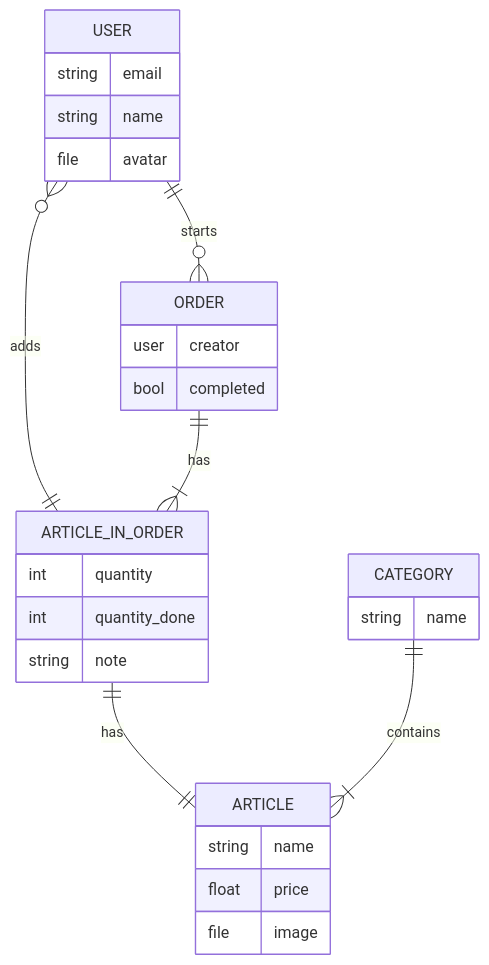
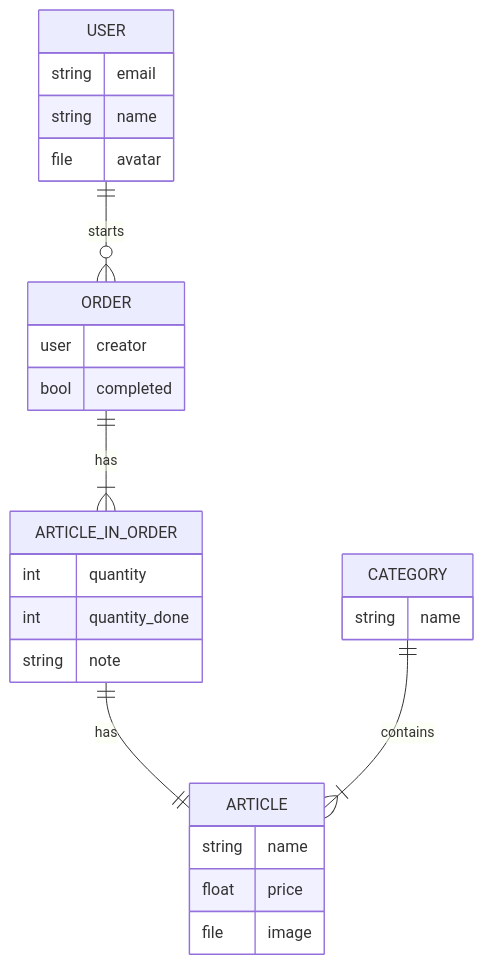
One commit to B4T3S/Snacctime changed the diagram in README.md. Above: the diagram before and after it, drawn with Mermaid.

````diff
--- a/README.md
+++ b/README.md
@@ -16,35 +16,34 @@
 ```mermaid
 erDiagram
     USER ||--o{ ORDER : starts
-    USER }o--|| ARTICLE_IN_ORDER : adds
     ORDER ||--|{ ARTICLE_IN_ORDER : has
     ARTICLE_IN_ORDER ||--|| ARTICLE : has
     CATEGORY ||--|{ ARTICLE : contains
 
     USER {
         string email
         string name
         file avatar
     }
 
     ORDER {
         user creator
         bool completed
     }
 
     ARTICLE {
         string name
         float price
         file image
     }
 
     ARTICLE_IN_ORDER {
         int quantity
         int quantity_done
         string note
     }
 
     CATEGORY {
         string name
     }
 ```
````
